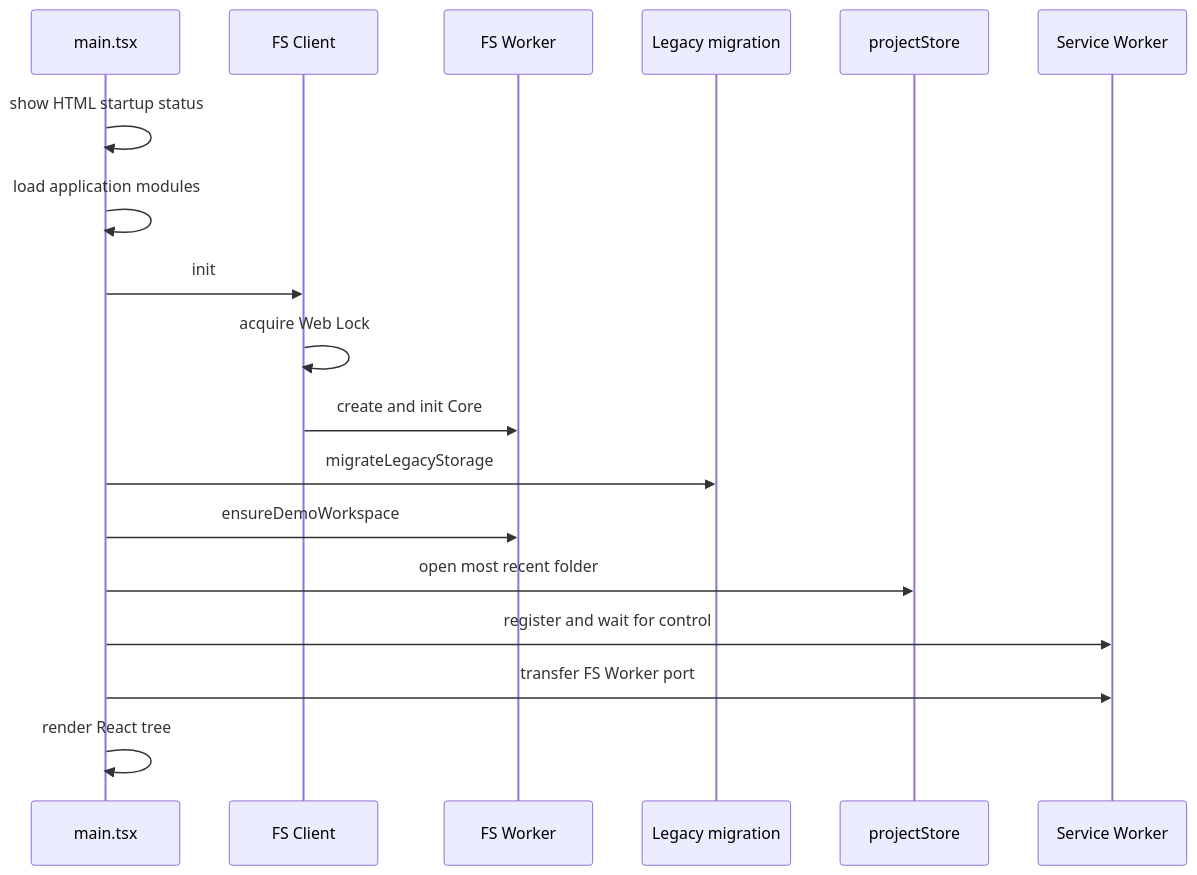
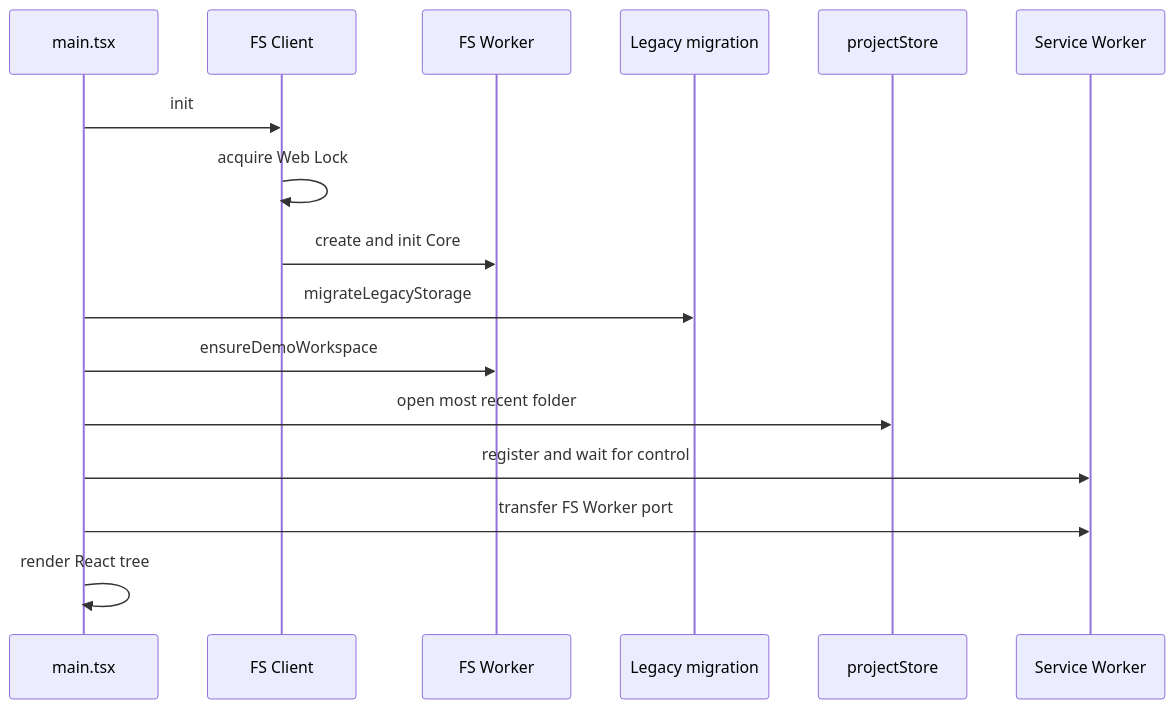
Before and after one commit to Stasshe/Pyxis-CodeCanvas: the second of 2 diagrams in docs/arch/system-overview.md, drawn with Mermaid. The commit also changed other lines of this file and 28 other files, not shown here.

````diff
--- a/docs/arch/system-overview.md
+++ b/docs/arch/system-overview.md
@@ -88,20 +88,18 @@
 ```mermaid
 sequenceDiagram
   participant Page as main.tsx
   participant Client as FS Client
   participant Worker as FS Worker
   participant Mig as Legacy migration
   participant Proj as projectStore
   participant SW as Service Worker
-  Page->>Page: show HTML startup status
-  Page->>Page: load application modules
   Page->>Client: init
   Client->>Client: acquire Web Lock
   Client->>Worker: create and init Core
   Page->>Mig: migrateLegacyStorage
   Page->>Worker: ensureDemoWorkspace
   Page->>Proj: open most recent folder
   Page->>SW: register and wait for control
   Page->>SW: transfer FS Worker port
   Page->>Page: render React tree
 ```
````
